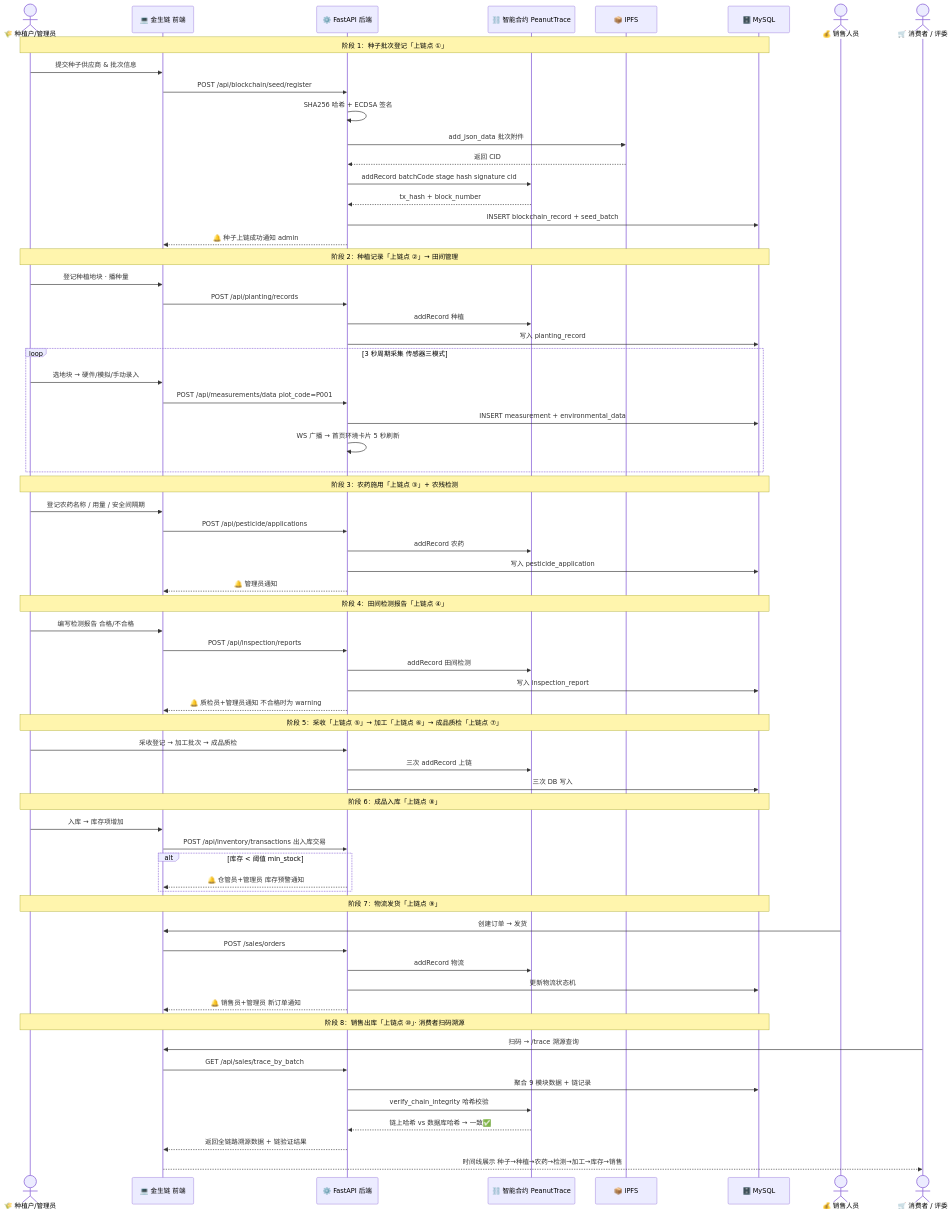
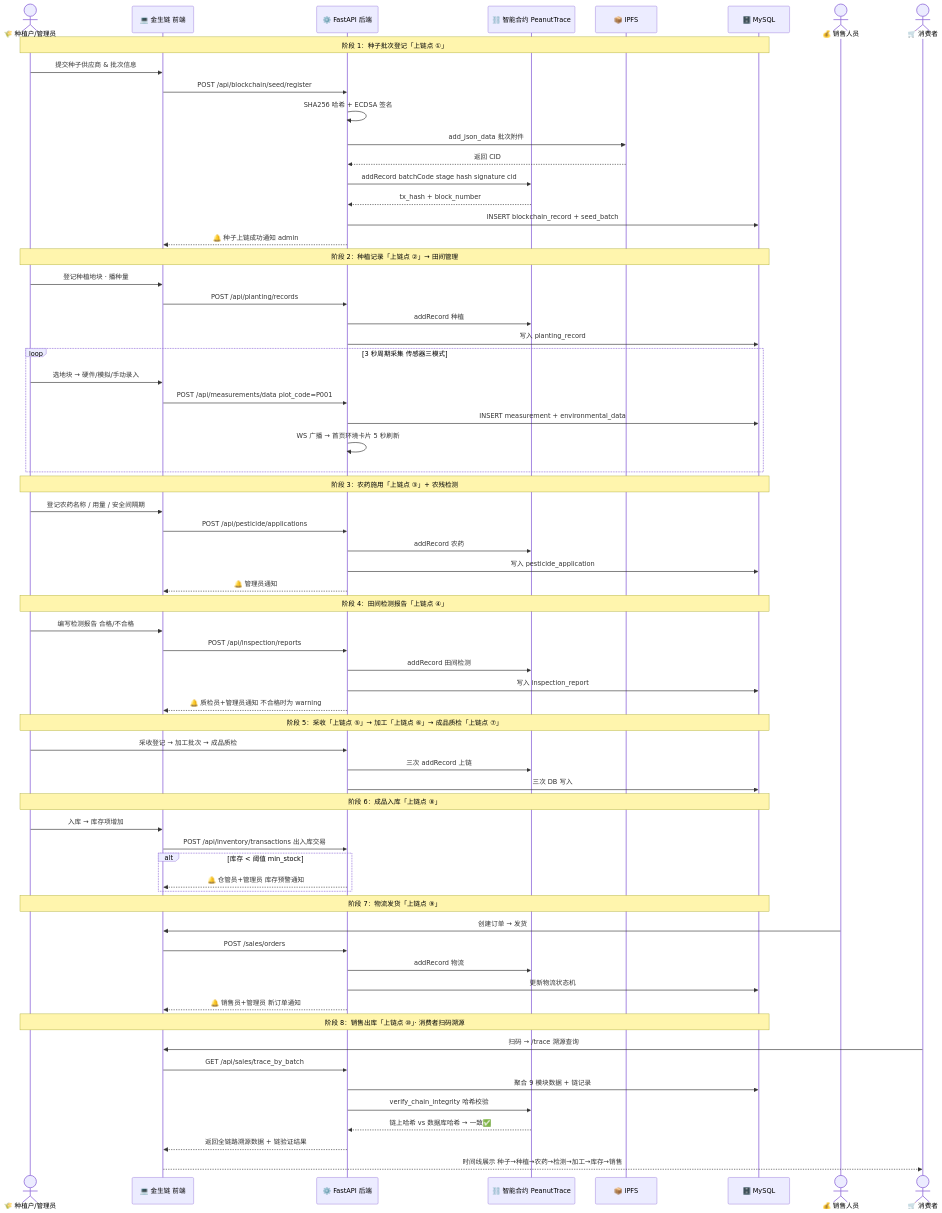
One commit to Da123e/nongyao changed the diagram in assets/trace-sequence.mmd. Above: the diagram before and after it, drawn with Mermaid. The commit also changed 2 other files, not shown here.

Commit message:
docs: 同步README内嵌架构图/时序图为最新版，移除评审视角敏感字样
- README 内嵌 Mermaid 代码与 assets/*.mmd 源文件对齐（原为旧版描述）
- 时序图去掉『消费者 / 评委』表述，统一为『消费者』（mmd + svg 同步）
- 架构图节点描述统一为最新实现（5秒自动刷新 / 仓库管理员 / 销售人员）

```diff
--- a/assets/trace-sequence.mmd
+++ b/assets/trace-sequence.mmd
@@ -1,75 +1,75 @@
 sequenceDiagram
     actor F as 🌾 种植户/管理员
     participant FE as 💻 金生链 前端
     participant BE as ⚙️ FastAPI 后端
     participant BC as ⛓️ 智能合约 PeanutTrace
     participant IPFS as 📦 IPFS
     participant DB as 🗄️ MySQL
 
     Note over F,DB: 阶段 1：种子批次登记「上链点 ①」
     F->>FE: 提交种子供应商 & 批次信息
     FE->>BE: POST /api/blockchain/seed/register
     BE->>BE: SHA256 哈希 + ECDSA 签名
     BE->>IPFS: add_json_data 批次附件
     IPFS-->>BE: 返回 CID
     BE->>BC: addRecord batchCode stage hash signature cid
     BC-->>BE: tx_hash + block_number
     BE->>DB: INSERT blockchain_record + seed_batch
     BE-->>FE: 🔔 种子上链成功通知 admin
 
     Note over F,DB: 阶段 2：种植记录「上链点 ②」→ 田间管理
     F->>FE: 登记种植地块 · 播种量
     FE->>BE: POST /api/planting/records
     BE->>BC: addRecord 种植
     BE->>DB: 写入 planting_record
 
     loop 3 秒周期采集 传感器三模式
         F->>FE: 选地块 → 硬件/模拟/手动录入
         FE->>BE: POST /api/measurements/data plot_code=P001
         BE->>DB: INSERT measurement + environmental_data
         BE->>BE: WS 广播 → 首页环境卡片 5 秒刷新
     end
 
     Note over F,DB: 阶段 3：农药施用「上链点 ③」+ 农残检测
     F->>FE: 登记农药名称 / 用量 / 安全间隔期
     FE->>BE: POST /api/pesticide/applications
     BE->>BC: addRecord 农药
     BE->>DB: 写入 pesticide_application
     BE-->>FE: 🔔 管理员通知
 
     Note over F,DB: 阶段 4：田间检测报告「上链点 ④」
     F->>FE: 编写检测报告 合格/不合格
     FE->>BE: POST /api/inspection/reports
     BE->>BC: addRecord 田间检测
     BE->>DB: 写入 inspection_report
     BE-->>FE: 🔔 质检员+管理员通知 不合格时为 warning
 
     Note over F,DB: 阶段 5：采收「上链点 ⑤」→ 加工「上链点 ⑥」→ 成品质检「上链点 ⑦」
     F->>BE: 采收登记 → 加工批次 → 成品质检
     BE->>BC: 三次 addRecord 上链
     BE->>DB: 三次 DB 写入
 
     Note over F,DB: 阶段 6：成品入库「上链点 ⑧」
     F->>FE: 入库 → 库存项增加
     FE->>BE: POST /api/inventory/transactions 出入库交易
     alt 库存 < 阈值 min_stock
         BE-->>FE: 🔔 仓管员+管理员 库存预警通知
     end
 
     Note over F,DB: 阶段 7：物流发货「上链点 ⑨」
     actor S as 💰 销售人员
     S->>FE: 创建订单 → 发货
     FE->>BE: POST /sales/orders
     BE->>BC: addRecord 物流
     BE->>DB: 更新物流状态机
     BE-->>FE: 🔔 销售员+管理员 新订单通知
 
     Note over F,DB: 阶段 8：销售出库「上链点 ⑩」· 消费者扫码溯源
-    actor C as 🛒 消费者 / 评委
+    actor C as 🛒 消费者
     C->>FE: 扫码 → /trace 溯源查询
     FE->>BE: GET /api/sales/trace_by_batch
     BE->>DB: 聚合 9 模块数据 + 链记录
     BE->>BC: verify_chain_integrity 哈希校验
     BC-->>BE: 链上哈希 vs 数据库哈希 → 一致✅
     BE-->>FE: 返回全链路溯源数据 + 链验证结果
     FE-->>C: 时间线展示 种子→种植→农药→检测→加工→库存→销售
```
